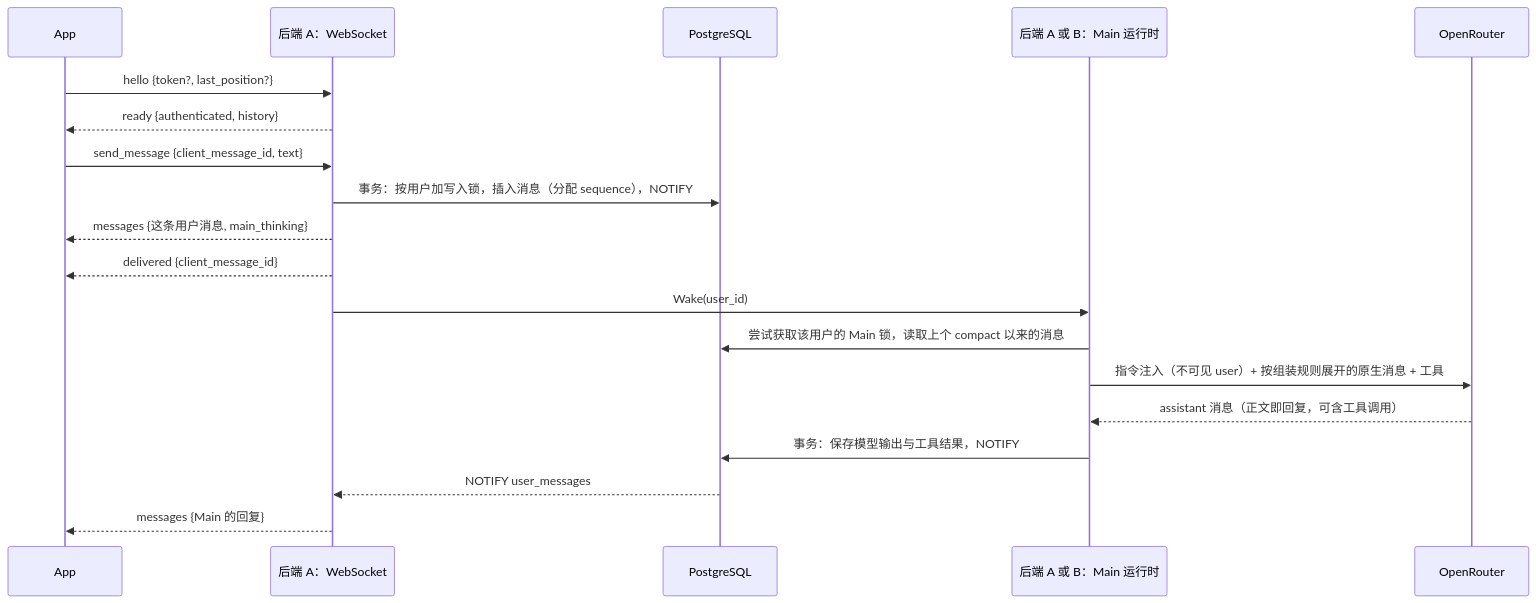
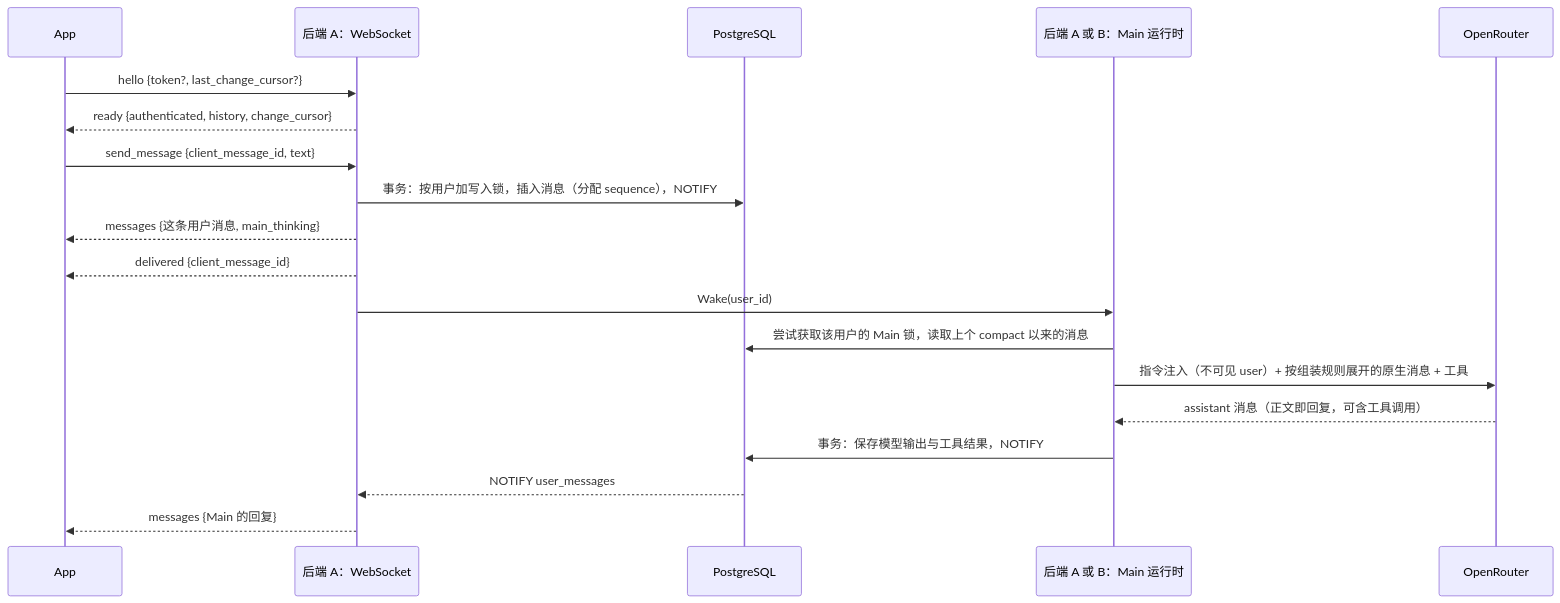
The diagram in docs/wiki/04-messaging.md (OmniNetOpensource/aether-personal), drawn with Mermaid before and after one commit. The commit also changed other lines of this file and 19 other files, not shown here.

````diff
--- a/docs/wiki/04-messaging.md
+++ b/docs/wiki/04-messaging.md
@@ -34,22 +34,22 @@
 ```mermaid
 sequenceDiagram
     participant App
     participant WS as 后端 A：WebSocket
     participant DB as PostgreSQL
     participant Runner as 后端 A 或 B：Main 运行时
     participant Model as OpenRouter
 
-    App->>WS: hello {token?, last_position?}
-    WS-->>App: ready {authenticated, history}
+    App->>WS: hello {token?, last_change_cursor?}
+    WS-->>App: ready {authenticated, history, change_cursor}
     App->>WS: send_message {client_message_id, text}
     WS->>DB: 事务：按用户加写入锁，插入消息（分配 sequence），NOTIFY
     WS-->>App: messages {这条用户消息, main_thinking}
     WS-->>App: delivered {client_message_id}
     WS->>Runner: Wake(user_id)
     Runner->>DB: 尝试获取该用户的 Main 锁，读取上个 compact 以来的消息
     Runner->>Model: 指令注入（不可见 user）+ 按组装规则展开的原生消息 + 工具
     Model-->>Runner: assistant 消息（正文即回复，可含工具调用）
     Runner->>DB: 事务：保存模型输出与工具结果，NOTIFY
     DB-->>WS: NOTIFY user_messages
     WS-->>App: messages {Main 的回复}
 ```
````
